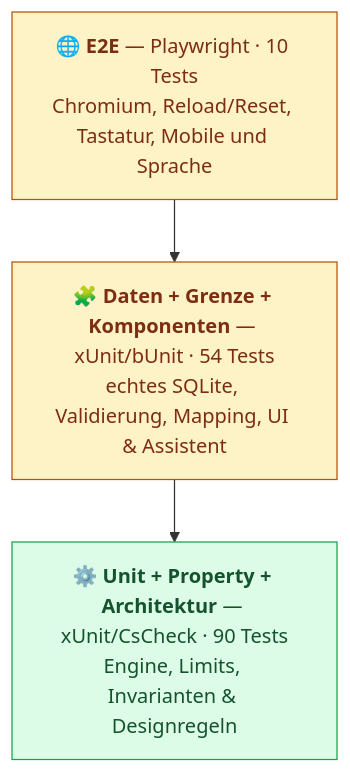
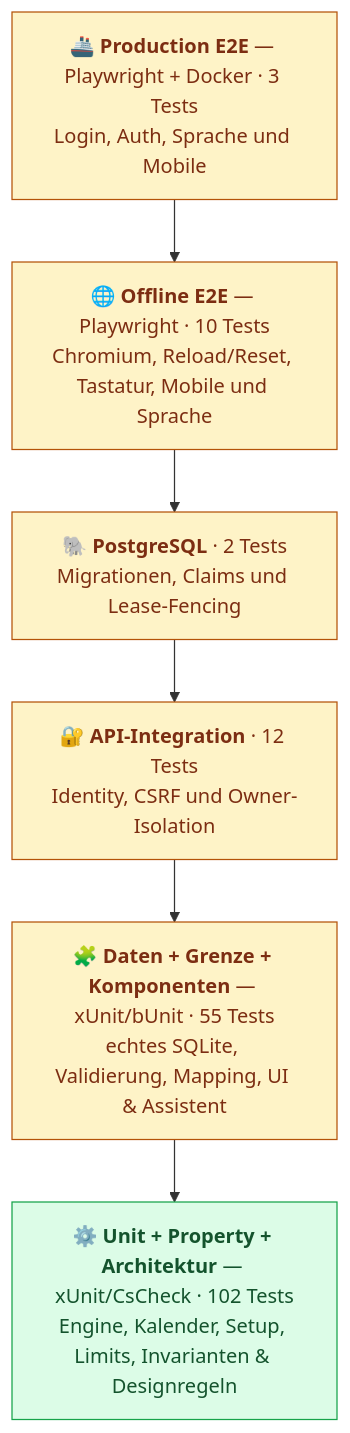
Before and after one commit to aco993/WorkPlanStudio: the diagram in docs/TESTING.de.md, drawn with Mermaid. The commit also changed other lines of this file and 15 other files, not shown here.

````diff
--- a/docs/TESTING.de.md
+++ b/docs/TESTING.de.md
@@ -14,13 +14,16 @@
 ```mermaid
 graph TD
-    E2E["🌐 <b>E2E</b> — Playwright · 10 Tests<br/>Chromium, Reload/Reset, Tastatur, Mobile und Sprache"]
-    WEB["🧩 <b>Daten + Grenze + Komponenten</b> — xUnit/bUnit · 54 Tests<br/>echtes SQLite, Validierung, Mapping, UI &amp; Assistent"]
-    UNIT["⚙️ <b>Unit + Property + Architektur</b> — xUnit/CsCheck · 90 Tests<br/>Engine, Limits, Invarianten &amp; Designregeln"]
+    PROD["🚢 <b>Production E2E</b> — Playwright + Docker · 3 Tests<br/>Login, Auth, Sprache und Mobile"]
+    E2E["🌐 <b>Offline E2E</b> — Playwright · 10 Tests<br/>Chromium, Reload/Reset, Tastatur, Mobile und Sprache"]
+    PG["🐘 <b>PostgreSQL</b> · 2 Tests<br/>Migrationen, Claims und Lease-Fencing"]
+    API["🔐 <b>API-Integration</b> · 12 Tests<br/>Identity, CSRF und Owner-Isolation"]
+    WEB["🧩 <b>Daten + Grenze + Komponenten</b> — xUnit/bUnit · 55 Tests<br/>echtes SQLite, Validierung, Mapping, UI &amp; Assistent"]
+    UNIT["⚙️ <b>Unit + Property + Architektur</b> — xUnit/CsCheck · 102 Tests<br/>Engine, Kalender, Setup, Limits, Invarianten &amp; Designregeln"]
 
-    E2E --> WEB --> UNIT
+    PROD --> E2E --> PG --> API --> WEB --> UNIT
 
     classDef fast fill:#dcfce7,stroke:#16a34a,color:#14532d;
     classDef slow fill:#fef3c7,stroke:#b45309,color:#7c2d12;
     class UNIT fast;
-    class WEB,E2E slow;
+    class WEB,API,PG,E2E,PROD slow;
 ```
````
